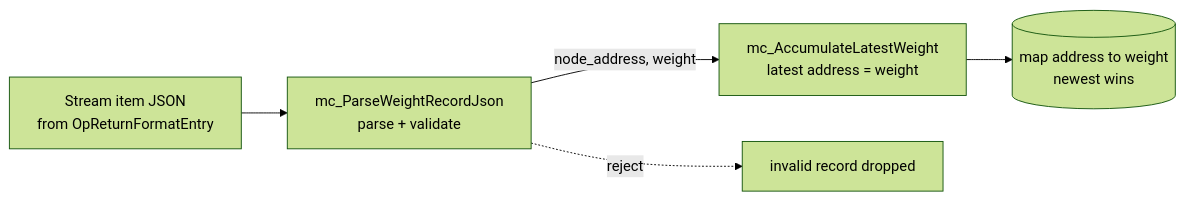
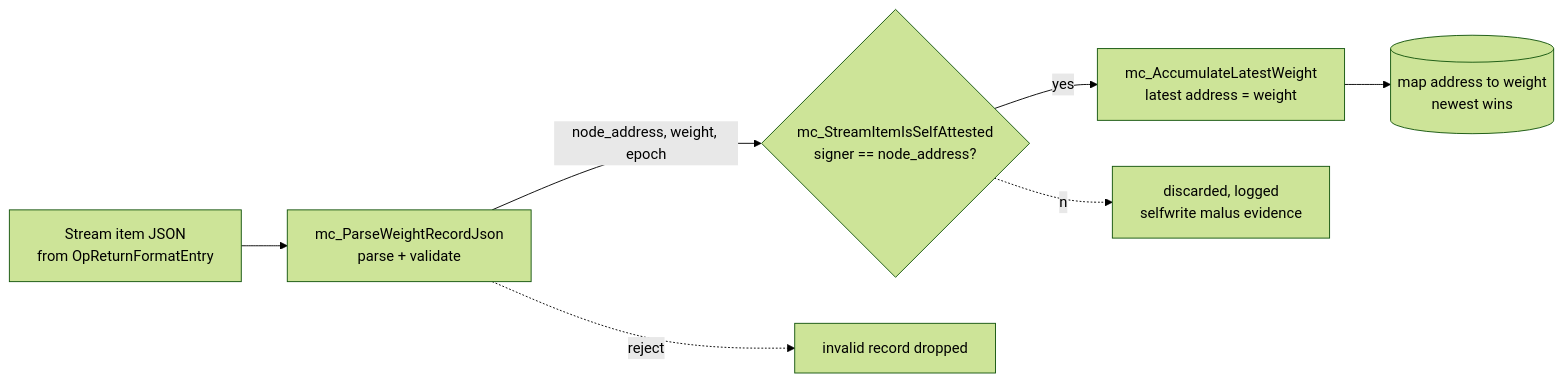
The first of 2 diagrams in docs/weight-record.md (FeMattu/multichain), drawn with Mermaid (forest theme) before and after one commit. The commit also changed other lines of this file and 44 other files, not shown here.

````diff
--- a/docs/weight-record.md
+++ b/docs/weight-record.md
@@ -39,7 +41,9 @@
 ```mermaid
 flowchart LR
     RAW[Stream item JSON<br/>from OpReturnFormatEntry] --> PARSE[mc_ParseWeightRecordJson<br/>parse + validate]
-    PARSE -->|node_address, weight| ACC[mc_AccumulateLatestWeight<br/>latest address = weight]
+    PARSE -->|node_address, weight, epoch| SELF{mc_StreamItemIsSelfAttested<br/>signer == node_address?}
+    SELF -->|yes| ACC[mc_AccumulateLatestWeight<br/>latest address = weight]
+    SELF -.no.-> FORGED[discarded, logged<br/>selfwrite malus evidence]
     ACC --> MAP[(map address to weight<br/>newest wins)]
     PARSE -.reject.-> DROP[invalid record dropped]
 ```
````
